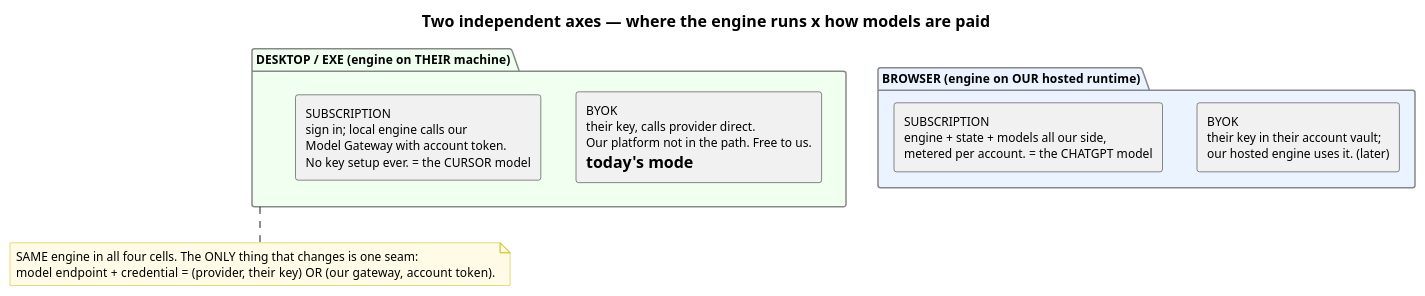
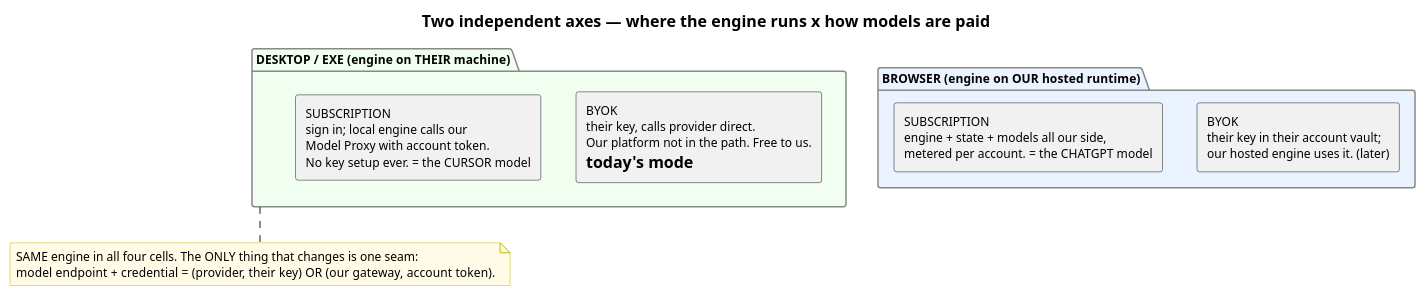
Before and after one commit to SaptarshiMazumder/pc-agent: the third of 5 diagrams in v2/planning/platform/diagrams/platform-architecture.puml, drawn with PlantUML. The commit also changed other lines of this file and 66 other files, not shown here.

Commit message:
Separated model-proxy microsevrice

```diff
--- a/v2/planning/platform/diagrams/platform-architecture.puml
+++ b/v2/planning/platform/diagrams/platform-architecture.puml
@@ -131,32 +131,32 @@
 @startuml run-x-pay
 title Two independent axes — where the engine runs x how models are paid
 
 skinparam shadowing false
 skinparam componentStyle rectangle
 skinparam defaultFontName Segoe UI
 skinparam defaultFontSize 12
 skinparam TitleFontSize 16
 skinparam package {
   BackgroundColor #FAFAFA
   BorderColor #888888
 }
 skinparam note {
   BackgroundColor #FFFBE6
   BorderColor #C8B900
 }
 
 package "DESKTOP / EXE  (engine on THEIR machine)" as D #F0FFF0 {
   rectangle "BYOK\ntheir key, calls provider direct.\nOur platform not in the path. Free to us.\n= today's mode" as DBYOK
-  rectangle "SUBSCRIPTION\nsign in; local engine calls our\nModel Gateway with account token.\nNo key setup ever. = the CURSOR model" as DSUB
+  rectangle "SUBSCRIPTION\nsign in; local engine calls our\nModel Proxy with account token.\nNo key setup ever. = the CURSOR model" as DSUB
 }
 
 package "BROWSER  (engine on OUR hosted runtime)" as B #EAF3FF {
   rectangle "BYOK\ntheir key in their account vault;\nour hosted engine uses it. (later)" as BBYOK
   rectangle "SUBSCRIPTION\nengine + state + models all our side,\nmetered per account. = the CHATGPT model" as BSUB
 }
 
 note bottom of D
   SAME engine in all four cells. The ONLY thing that changes is one seam:
   model endpoint + credential = (provider, their key)  OR  (our gateway, account token).
 end note
 @enduml
```
